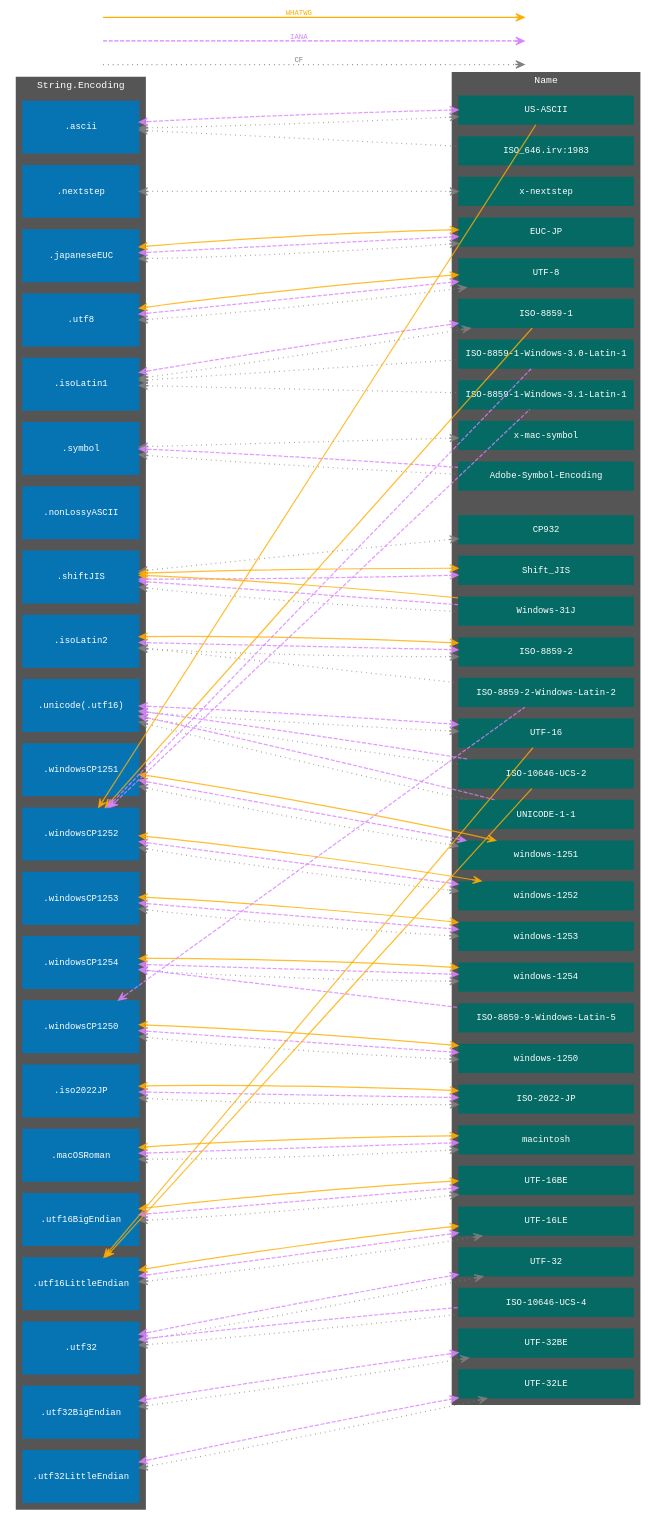
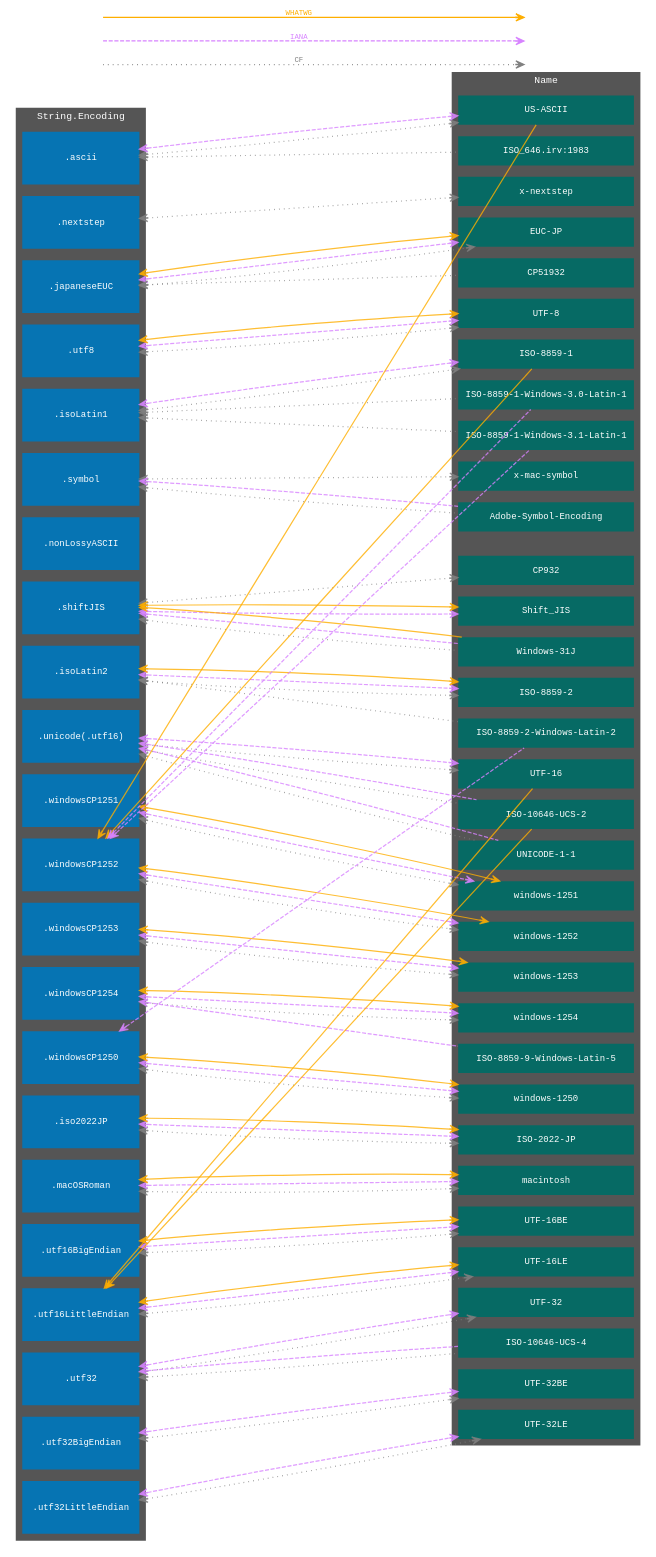
The diagram in proposal/NNNN-String-Encoding-Names_Mapping.gv (YOCKOW/SF-StringEncodingNameImpl), drawn with Graphviz before and after one commit. The commit also changed 3 other files, not shown here.

```diff
--- a/proposal/NNNN-String-Encoding-Names_Mapping.gv
+++ b/proposal/NNNN-String-Encoding-Names_Mapping.gv
@@ -82,7 +82,7 @@
 
       "US-ASCII"; "ISO_646.irv:1983"
       "x-nextstep"
-      "EUC-JP"
+      "EUC-JP"; "CP51932"
       "UTF-8"
       "ISO-8859-1"
       "x-mac-symbol"
@@ -154,6 +154,7 @@
   ".ascii" -- "ISO_646.irv:1983" [dir=back]
   ".nextstep" -- "x-nextstep" [dir=both]
   ".japaneseEUC" -- "EUC-JP" [dir=both]
+  ".japaneseEUC" -- "CP51932" [dir=back]
   ".utf8" -- "UTF-8" [dir=both]
   ".isoLatin1" -- "ISO-8859-1" [dir=both]
   ".isoLatin1" -- "ISO-8859-1-Windows-3.0-Latin-1" [dir=back]
```
